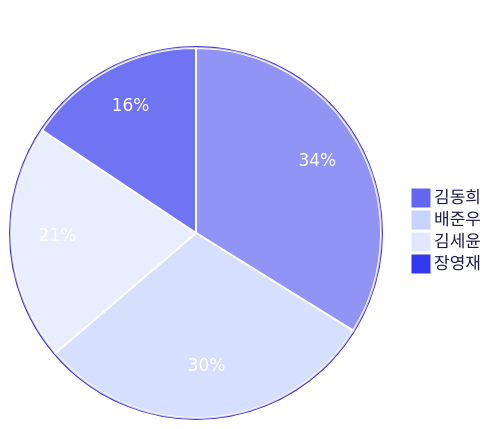
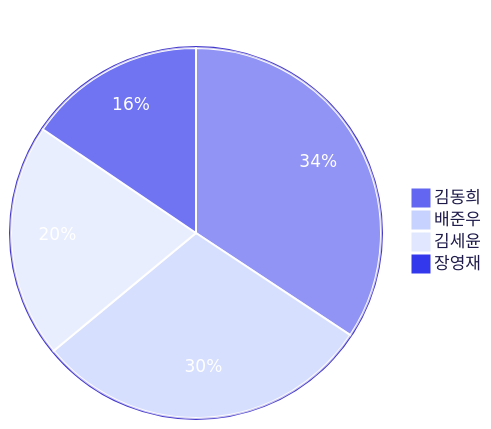
Before and after one commit to 3rd-project-team-1/ALYAC-market-team1: the third of 4 diagrams in README.md, drawn with Mermaid. The commit also changed other lines of this file, not shown here.

````diff
--- a/README.md
+++ b/README.md
@@ -430,17 +430,17 @@
 ```mermaid
 %%{init: { 'theme': 'base', 'themeVariables': {
   'primaryColor': '#6366f1',
   'primaryTextColor': '#ffffff',
   'primaryBorderColor': '#4338ca',
   'secondaryColor': '#c7d2fe',
   'tertiaryColor': '#e0e7ff',
   'pieLegendTextColor': '#1e1b4b',
   'pieStrokeColor': '#ffffff',
   'pieOuterStrokeColor': '#4338ca'
 } } }%%
 pie title 기여자별 커밋 수
-  "김동희" : 197
+  "김동희" : 201
   "배준우" : 174
   "김세윤" : 120
   "장영재" : 91
 ```
````
